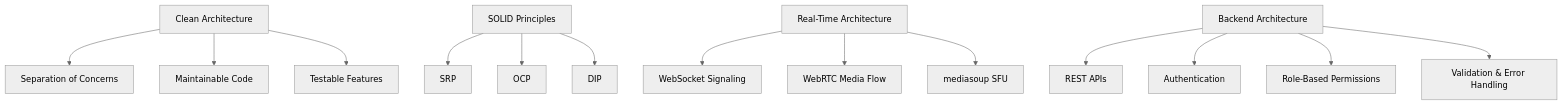
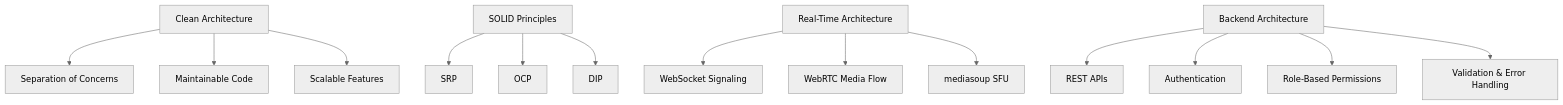
One commit to beyremagrebi/beyremagrebi changed the third of 5 diagrams in README.md. Above: the diagram before and after it, drawn with Mermaid (neutral theme). The commit also changed other lines of this file, not shown here.

````diff
--- a/README.md
+++ b/README.md
@@ -116,19 +181,19 @@
 ```mermaid
 graph TD
     A[Clean Architecture] --> B[Separation of Concerns]
     A --> C[Maintainable Code]
-    A --> D[Testable Features]
+    A --> D[Scalable Features]
 
     E[SOLID Principles] --> F[SRP]
     E --> G[OCP]
     E --> H[DIP]
 
     I[Real-Time Architecture] --> J[WebSocket Signaling]
     I --> K[WebRTC Media Flow]
     I --> L[mediasoup SFU]
 
     M[Backend Architecture] --> N[REST APIs]
     M --> O[Authentication]
     M --> P[Role-Based Permissions]
     M --> Q[Validation & Error Handling]
 ```
````
